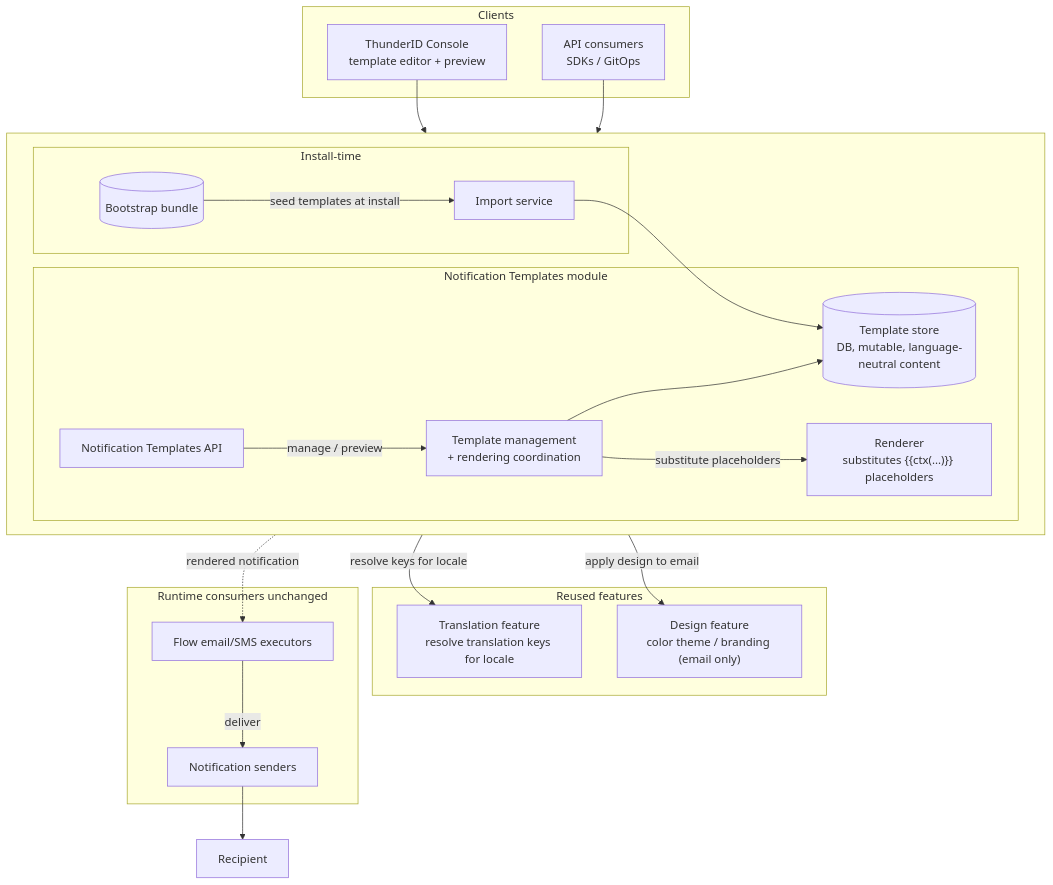
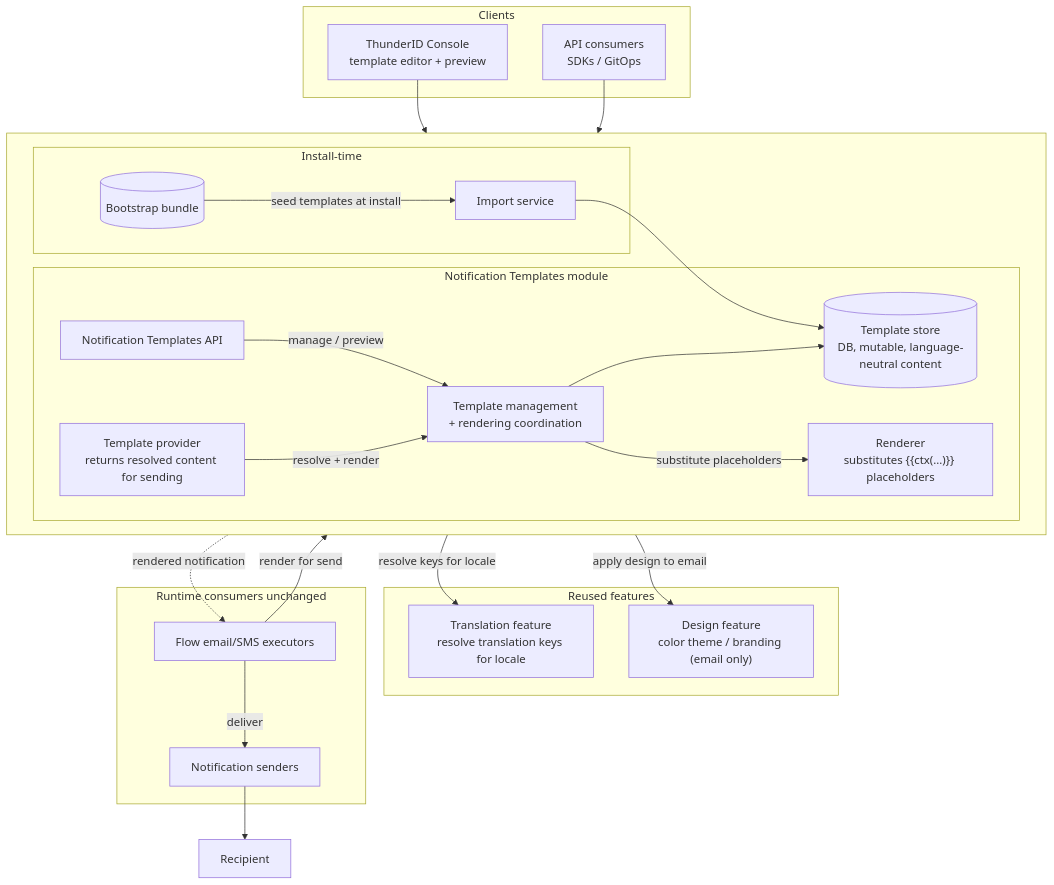
Before and after one commit to Thisara-Welmilla/thunderid: the diagram in docs-internals/notification-templates/spec.md, drawn with Mermaid. The commit also changed other lines of this file, not shown here.

First line of the commit message:
Address spec review feedback for notification templates

````diff
--- a/docs-internals/notification-templates/spec.md
+++ b/docs-internals/notification-templates/spec.md
@@ -25,48 +25,51 @@
 ```mermaid
 flowchart TB
     subgraph clients [Clients]
         Console["ThunderID Console<br/>template editor + preview"]
         ApiClient["API consumers<br/>SDKs / GitOps"]
     end
 
     subgraph core [ ]
         direction LR
         subgraph nt [Notification Templates module]
             API["Notification Templates API"]
             MgmtSvc["Template management<br/>+ rendering coordination"]
+            Provider["Template provider<br/>returns resolved content for sending"]
             Renderer["Renderer<br/>substitutes {{ctx(...)}} placeholders"]
             Store[("Template store<br/>DB, mutable, language-neutral content")]
         end
 
         subgraph install [Install-time]
             Bootstrap[("Bootstrap bundle")]
             Importer["Import service"]
         end
     end
 
     subgraph reused [Reused features]
         Translation["Translation feature<br/>resolve translation keys for locale"]
         Design["Design feature<br/>color theme / branding (email only)"]
     end
 
     subgraph consumers [Runtime consumers unchanged]
         Flow["Flow email/SMS executors"]
         Sender["Notification senders"]
     end
     Recipient["Recipient"]
 
     Console --> API
     ApiClient --> API
     API -->|manage / preview| MgmtSvc
     MgmtSvc --> Store
     Bootstrap -->|seed templates at install| Importer --> Store
     MgmtSvc -->|resolve keys for locale| Translation
     MgmtSvc -->|apply design to email| Design
     MgmtSvc -->|substitute placeholders| Renderer
-    MgmtSvc -. rendered notification .-> Flow
+    Flow -->|render for send| Provider
+    Provider -->|resolve + render| MgmtSvc
+    Provider -. rendered notification .-> Flow
     Flow -->|deliver| Sender --> Recipient
 
     Store ~~~ Translation
     Renderer ~~~ Design
     nt ~~~ reused
 ```
````
